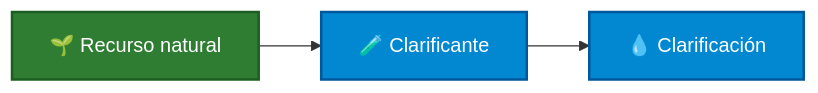
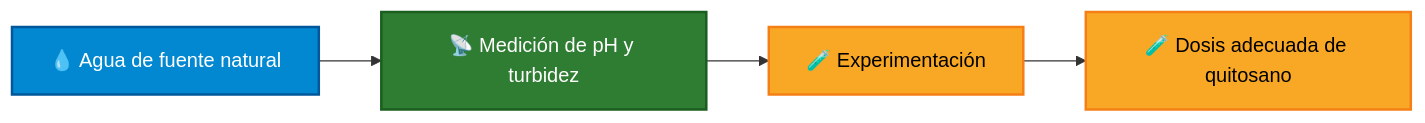
Before and after one commit to BeyondNate/PI_Equipo_05: the first of 5 diagrams in README.md, drawn with Mermaid. The commit also changed other lines of this file, not shown here.

````diff
--- a/README.md
+++ b/README.md
@@ -161,11 +161,14 @@
 ```mermaid
 flowchart LR
-    A["🌱 Recurso natural"] --> B["🧪 Clarificante"]
-    B --> C["💧 Clarificación"]
-    
-    classDef natural fill:#2E7D32,color:#FFFFFF,stroke:#1B5E20,stroke-width:2px;
-    classDef process fill:#0288D1,color:#FFFFFF,stroke:#01579B,stroke-width:2px;
-    
-    class A natural;
-    class B,C process;
+    A["💧 Agua de fuente natural"] --> B["📡 Medición de pH y turbidez"]
+    B --> C["🧪 Experimentación"]
+    C --> D["🧪 Dosis adecuada de quitosano"]
+
+    classDef water fill:#0288D1,color:#FFFFFF,stroke:#01579B,stroke-width:2px;
+    classDef measurement fill:#2E7D32,color:#FFFFFF,stroke:#1B5E20,stroke-width:2px;
+    classDef process fill:#F9A825,color:#000000,stroke:#F57F17,stroke-width:2px;
+
+    class A water;
+    class B measurement;
+    class C,D process;
 ```
````
